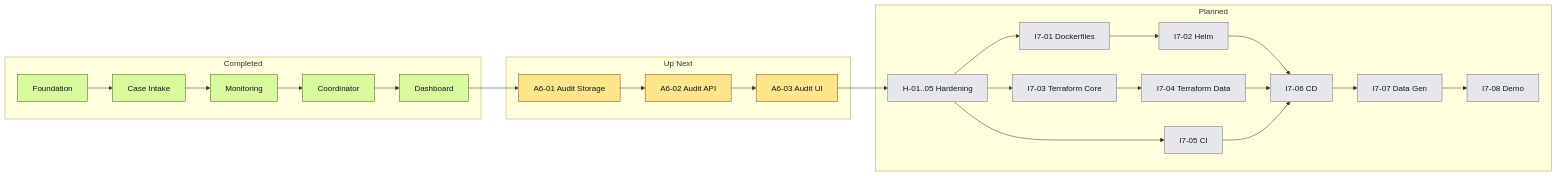
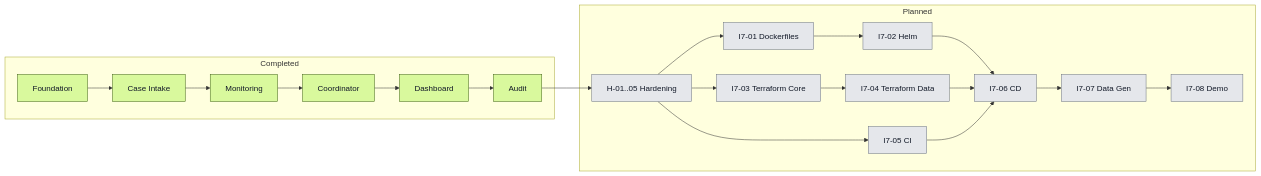
The second of 2 diagrams in docs/delivery/README.md (artemsemdev/CareBridge), drawn with Mermaid before and after one commit. The commit also changed other lines of this file and 26 other files, not shown here.

Commit message:
feat(audit): implement Epic 6 audit service, query API, UI, verification, and docs updates

````diff
--- a/docs/delivery/README.md
+++ b/docs/delivery/README.md
@@ -120,42 +112,35 @@
 ```mermaid
 flowchart LR
     subgraph Completed
         E1[Foundation]
         E2[Case Intake]
         E3[Monitoring]
         E4[Coordinator]
         E5[Dashboard]
-    end
-
-    subgraph "Up Next"
-        A1[A6-01 Audit Storage]
-        A2[A6-02 Audit API]
-        A3[A6-03 Audit UI]
+        E6[Audit]
     end
 
     subgraph Planned
         H[H-01..05 Hardening]
         D1[I7-01 Dockerfiles]
         D2[I7-02 Helm]
         T1[I7-03 Terraform Core]
         T2[I7-04 Terraform Data]
         CI[I7-05 CI]
         CD[I7-06 CD]
         G[I7-07 Data Gen]
         W[I7-08 Demo]
     end
 
-    E1 --> E2 --> E3 --> E4 --> E5 --> A1 --> A2 --> A3 --> H
+    E1 --> E2 --> E3 --> E4 --> E5 --> E6 --> H
     H --> D1 --> D2 --> CD
     H --> T1 --> T2 --> CD
     H --> CI --> CD
     CD --> G --> W
 
     classDef done fill:#d9f99d,stroke:#3f6212,color:#111827;
-    classDef next fill:#fde68a,stroke:#92400e,color:#111827;
     classDef later fill:#e5e7eb,stroke:#6b7280,color:#111827;
 
-    class E1,E2,E3,E4,E5 done;
-    class A1,A2,A3 next;
+    class E1,E2,E3,E4,E5,E6 done;
     class H,D1,D2,T1,T2,CI,CD,G,W later;
 ```
````
